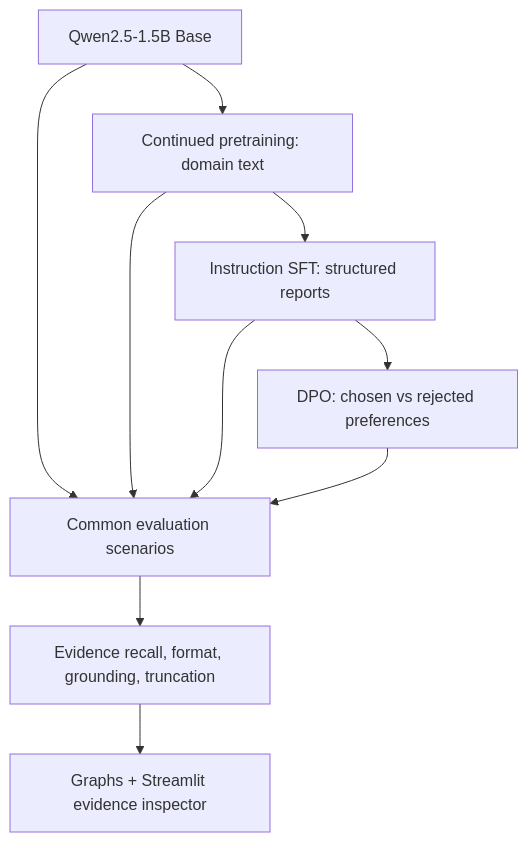
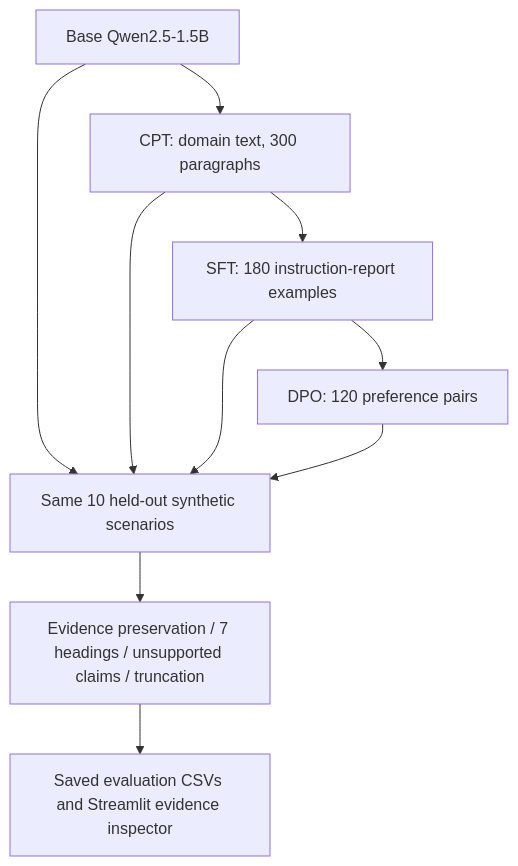
The first of 3 diagrams in README.md (imavantikahere/llm-post-training-and-alignment), drawn with Mermaid before and after one commit. The commit also changed other lines of this file, not shown here.

Commit message:
Document tested on-demand Pod inference, persistent CUDA setup, datasets and corrected architecture diagrams

````diff
--- a/README.md
+++ b/README.md
@@ -78,12 +82,12 @@
 ```mermaid
 flowchart TD
-    A[Qwen2.5-1.5B Base] --> B[Continued pretraining: domain text]
-    B --> C[Instruction SFT: structured reports]
-    C --> D[DPO: chosen vs rejected preferences]
-    A --> E[Common evaluation scenarios]
-    B --> E
-    C --> E
-    D --> E
-    E --> F[Evidence recall, format, grounding, truncation]
-    F --> G[Graphs + Streamlit evidence inspector]
+    Base["Base Qwen2.5-1.5B"] --> CPT["CPT: domain text, 300 paragraphs"]
+    CPT --> SFT["SFT: 180 instruction-report examples"]
+    SFT --> DPO["DPO: 120 preference pairs"]
+    Base --> Eval["Same 10 held-out synthetic scenarios"]
+    CPT --> Eval
+    SFT --> Eval
+    DPO --> Eval
+    Eval --> Rubric["Evidence preservation / 7 headings / unsupported claims / truncation"]
+    Rubric --> Results["Saved evaluation CSVs and Streamlit evidence inspector"]
 ```
````
